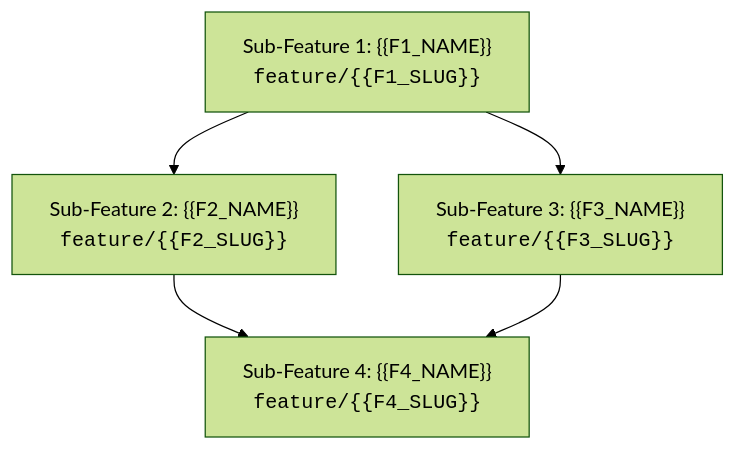
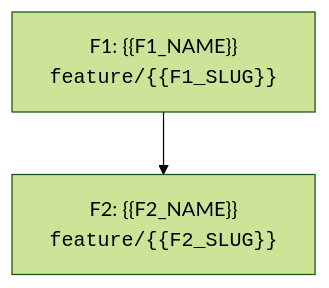
One commit to MarcosVeniciu/antigravity-agentic-workflows changed the diagram in skills/plan-decompose/resources/template_epic.md. Above: the diagram before and after it, drawn with Mermaid (forest theme). The commit also changed other lines of this file and 4 other files, not shown here.

Commit message:
feat: implement macro-architecture epic decomposition workflow and evolutionary slicing skill

````diff
--- a/skills/plan-decompose/resources/template_epic.md
+++ b/skills/plan-decompose/resources/template_epic.md
@@ -22,6 +118,4 @@
 ```mermaid
 flowchart TD
-    F1["Sub-Feature 1: {{F1_NAME}}<br/><code>feature/{{F1_SLUG}}</code>"] --> F2["Sub-Feature 2: {{F2_NAME}}<br/><code>feature/{{F2_SLUG}}</code>"]
-    F1 --> F3["Sub-Feature 3: {{F3_NAME}}<br/><code>feature/{{F3_SLUG}}</code>"]
-    F2 & F3 --> F4["Sub-Feature 4: {{F4_NAME}}<br/><code>feature/{{F4_SLUG}}</code>"]
+    F1["F1: {{F1_NAME}}<br/><code>feature/{{F1_SLUG}}</code>"] --> F2["F2: {{F2_NAME}}<br/><code>feature/{{F2_SLUG}}</code>"]
 ```
````
